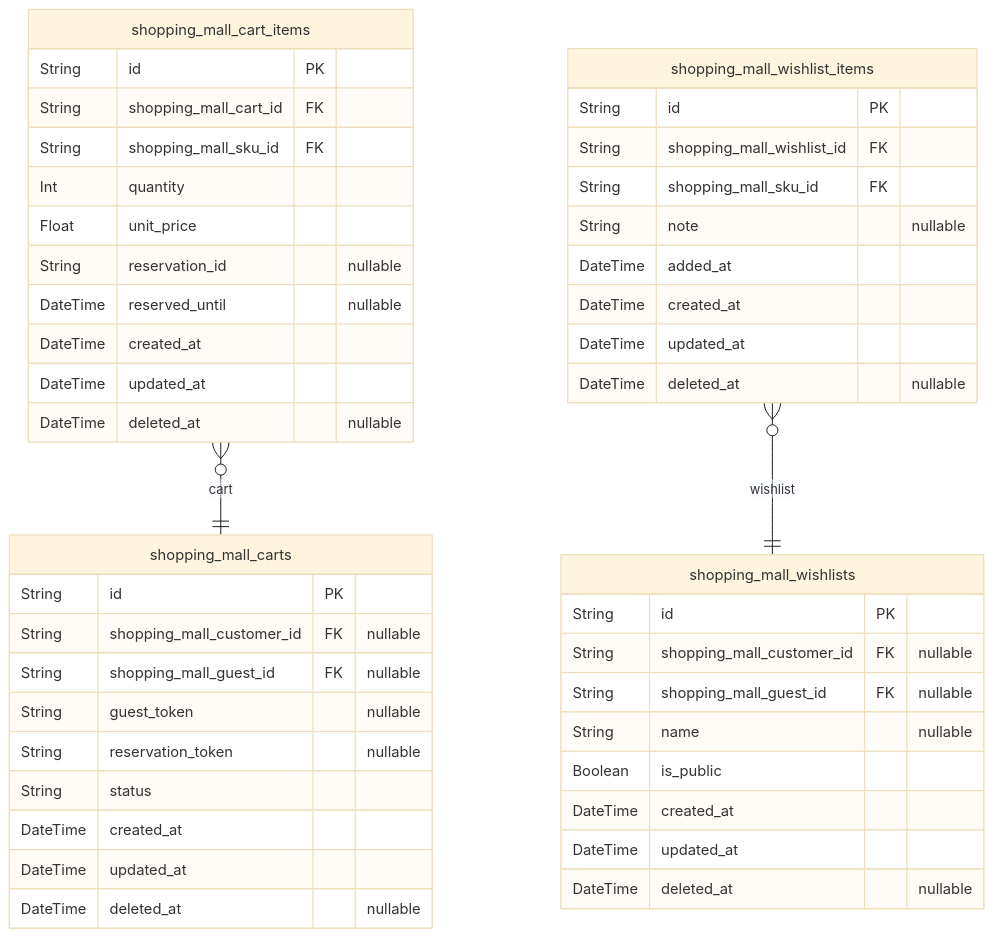
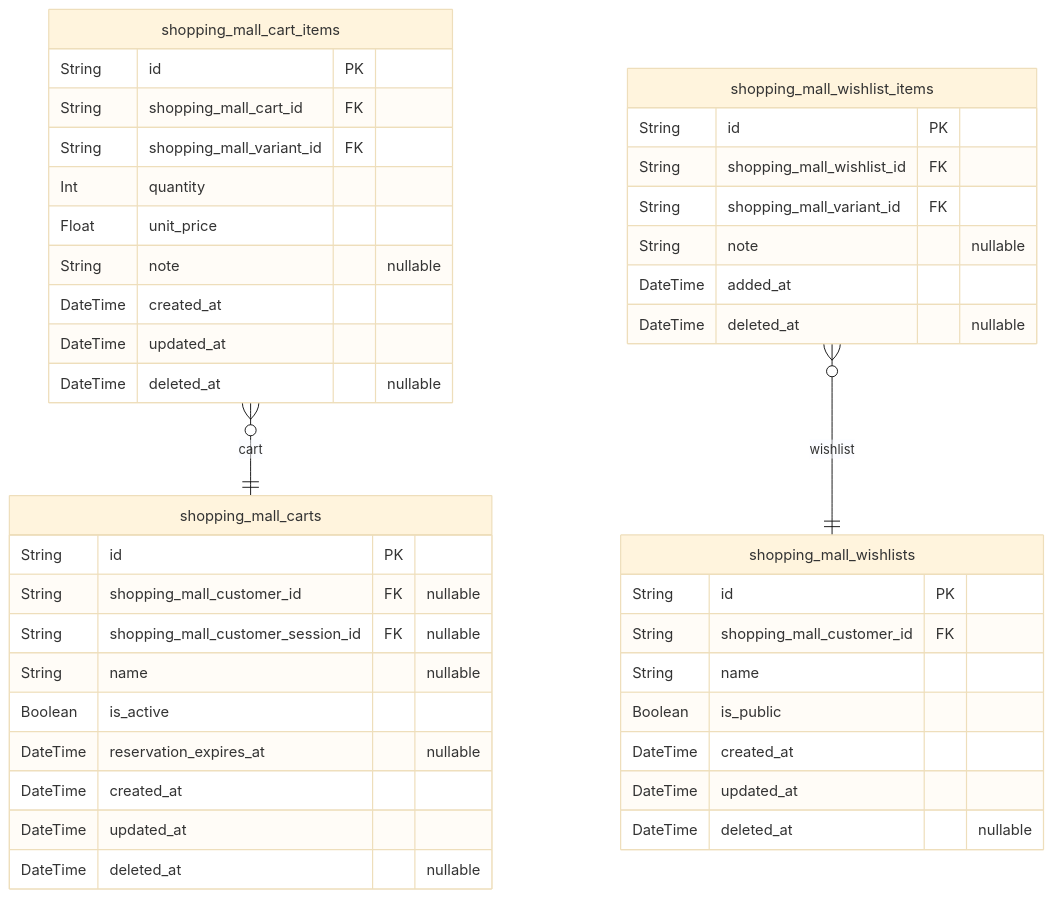
One commit to wrtnlabs/autobe-examples changed the fourth of 11 diagrams in openai/gpt-5-mini/shopping/docs/ERD.md. Above: the diagram before and after it, drawn with Mermaid (base theme). The commit also changed other lines of this file and 16146 other files, not shown here.

````diff
--- a/openai/gpt-5-mini/shopping/docs/ERD.md
+++ b/openai/gpt-5-mini/shopping/docs/ERD.md
@@ -523,48 +676,44 @@
 ```mermaid
 erDiagram
 "shopping_mall_carts" {
   String id PK
   String shopping_mall_customer_id FK "nullable"
-  String shopping_mall_guest_id FK "nullable"
-  String guest_token "nullable"
-  String reservation_token "nullable"
-  String status
+  String shopping_mall_customer_session_id FK "nullable"
+  String name "nullable"
+  Boolean is_active
+  DateTime reservation_expires_at "nullable"
   DateTime created_at
   DateTime updated_at
   DateTime deleted_at "nullable"
 }
 "shopping_mall_cart_items" {
   String id PK
   String shopping_mall_cart_id FK
-  String shopping_mall_sku_id FK
+  String shopping_mall_variant_id FK
   Int quantity
   Float unit_price
-  String reservation_id "nullable"
-  DateTime reserved_until "nullable"
+  String note "nullable"
   DateTime created_at
   DateTime updated_at
   DateTime deleted_at "nullable"
 }
 "shopping_mall_wishlists" {
   String id PK
-  String shopping_mall_customer_id FK "nullable"
-  String shopping_mall_guest_id FK "nullable"
-  String name "nullable"
+  String shopping_mall_customer_id FK
+  String name
   Boolean is_public
   DateTime created_at
   DateTime updated_at
   DateTime deleted_at "nullable"
 }
 "shopping_mall_wishlist_items" {
   String id PK
   String shopping_mall_wishlist_id FK
-  String shopping_mall_sku_id FK
+  String shopping_mall_variant_id FK
   String note "nullable"
   DateTime added_at
-  DateTime created_at
-  DateTime updated_at
   DateTime deleted_at "nullable"
 }
 "shopping_mall_cart_items" }o--|| "shopping_mall_carts" : cart
 "shopping_mall_wishlist_items" }o--|| "shopping_mall_wishlists" : wishlist
 ```
````
